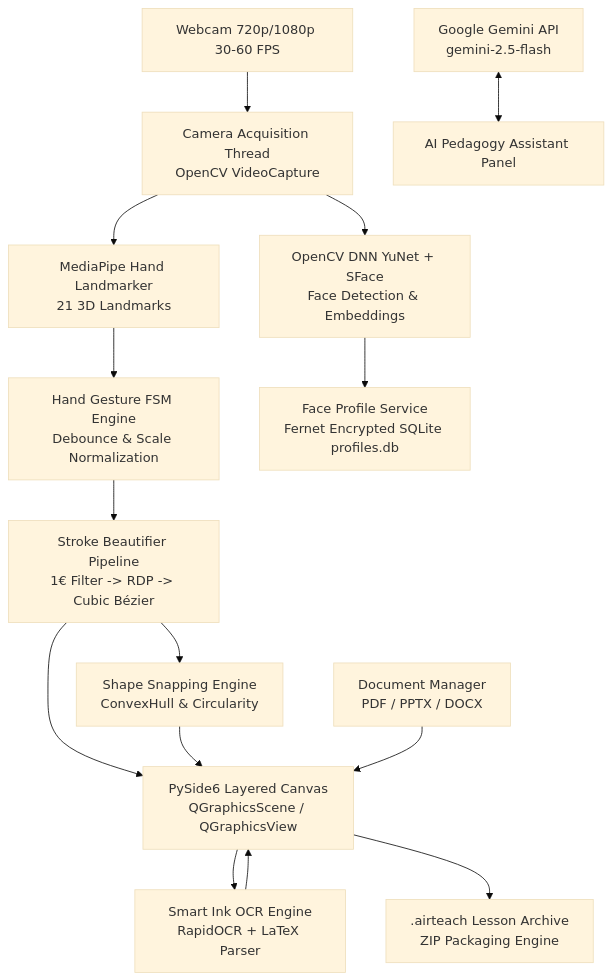
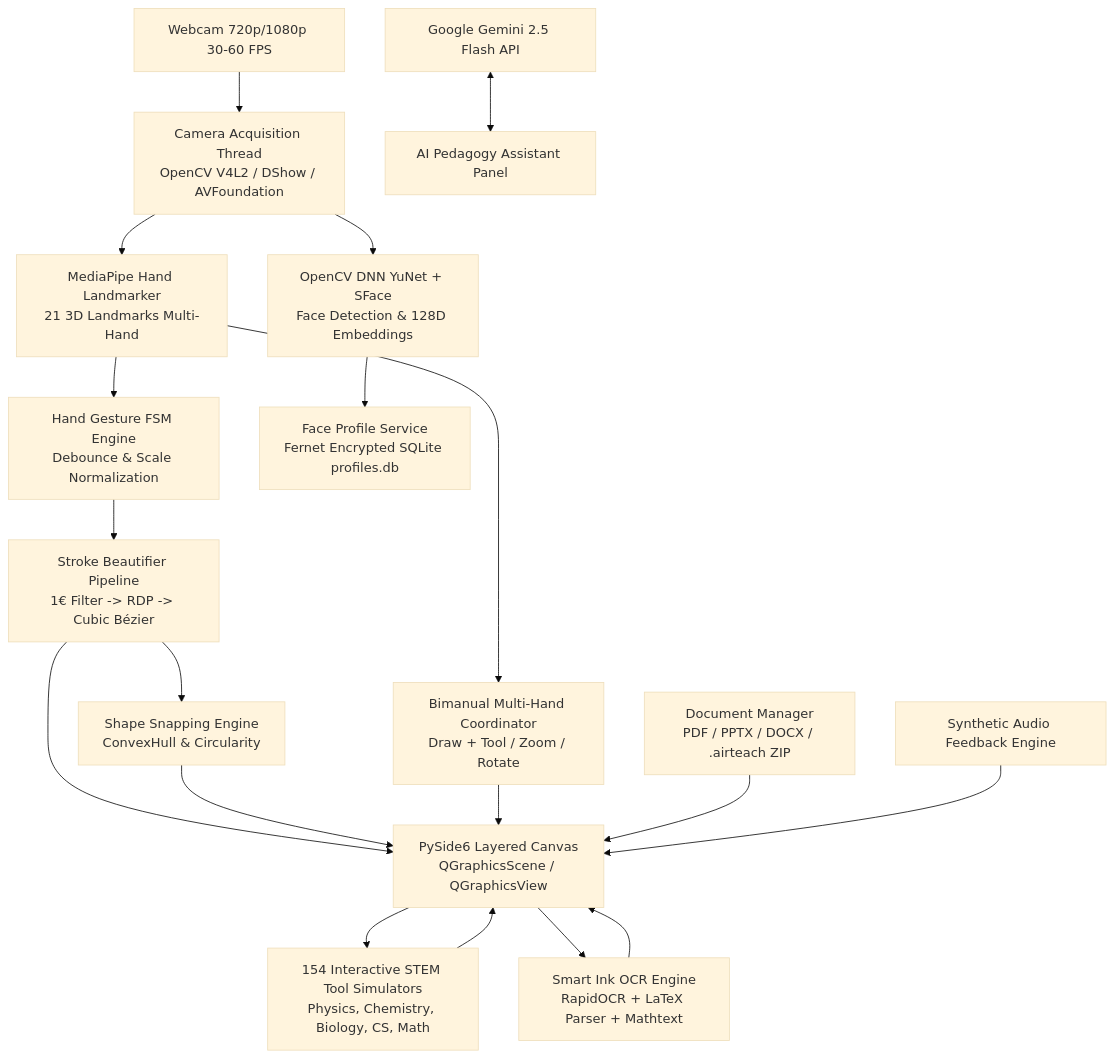
One commit to ducnt2104/AirTeach-AI changed the diagram in README.md. Above: the diagram before and after it, drawn with Mermaid (base theme). The commit also changed other lines of this file and 11 other files, not shown here.

````diff
--- a/README.md
+++ b/README.md
@@ -59,23 +195,28 @@
 ```mermaid
 graph TD
-    A[Webcam 720p/1080p 30-60 FPS] --> B[Camera Acquisition Thread\nOpenCV VideoCapture]
-    B --> C[MediaPipe Hand Landmarker\n21 3D Landmarks]
-    B --> D[OpenCV DNN YuNet + SFace\nFace Detection & Embeddings]
+    A[Webcam 720p/1080p 30-60 FPS] --> B[Camera Acquisition Thread\nOpenCV V4L2 / DShow / AVFoundation]
+    B --> C[MediaPipe Hand Landmarker\n21 3D Landmarks Multi-Hand]
+    B --> D[OpenCV DNN YuNet + SFace\nFace Detection & 128D Embeddings]
     
     C --> E[Hand Gesture FSM Engine\nDebounce & Scale Normalization]
-    E --> F[Stroke Beautifier Pipeline\n1€ Filter -> RDP -> Cubic Bézier]
-    F --> G[Shape Snapping Engine\nConvexHull & Circularity]
+    C --> F[Bimanual Multi-Hand Coordinator\nDraw + Tool / Zoom / Rotate]
     
-    F --> H[PySide6 Layered Canvas\nQGraphicsScene / QGraphicsView]
-    G --> H
+    E --> G[Stroke Beautifier Pipeline\n1€ Filter -> RDP -> Cubic Bézier]
+    G --> H[Shape Snapping Engine\nConvexHull & Circularity]
     
-    H --> I[Smart Ink OCR Engine\nRapidOCR + LaTeX Parser]
-    I --> H
+    G --> I[PySide6 Layered Canvas\nQGraphicsScene / QGraphicsView]
+    H --> I
+    F --> I
     
-    D --> J[Face Profile Service\nFernet Encrypted SQLite profiles.db]
+    I --> J[154 Interactive STEM Tool Simulators\nPhysics, Chemistry, Biology, CS, Math]
+    J --> I
     
-    K[Document Manager\nPDF / PPTX / DOCX] --> H
-    H --> L[.airteach Lesson Archive\nZIP Packaging Engine]
+    I --> K[Smart Ink OCR Engine\nRapidOCR + LaTeX Parser + Mathtext]
+    K --> I
     
-    M[Google Gemini API\ngemini-2.5-flash] <--> N[AI Pedagogy Assistant Panel]
+    D --> L[Face Profile Service\nFernet Encrypted SQLite profiles.db]
+    
+    M[Document Manager\nPDF / PPTX / DOCX / .airteach ZIP] --> I
+    N[Google Gemini 2.5 Flash API] <--> O[AI Pedagogy Assistant Panel]
+    P[Synthetic Audio Feedback Engine] --> I
 ```
````
